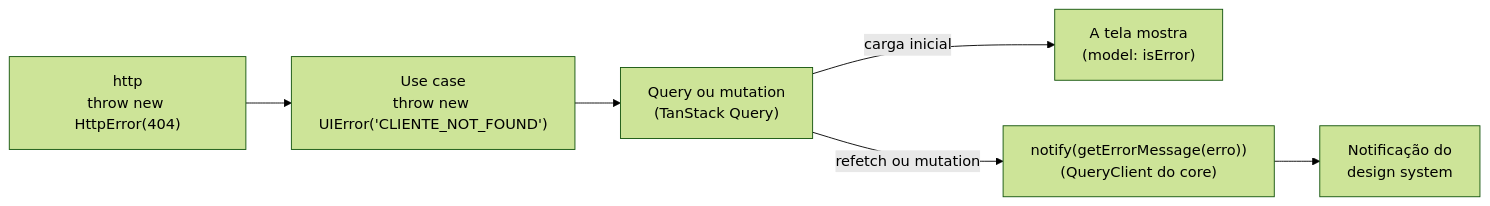
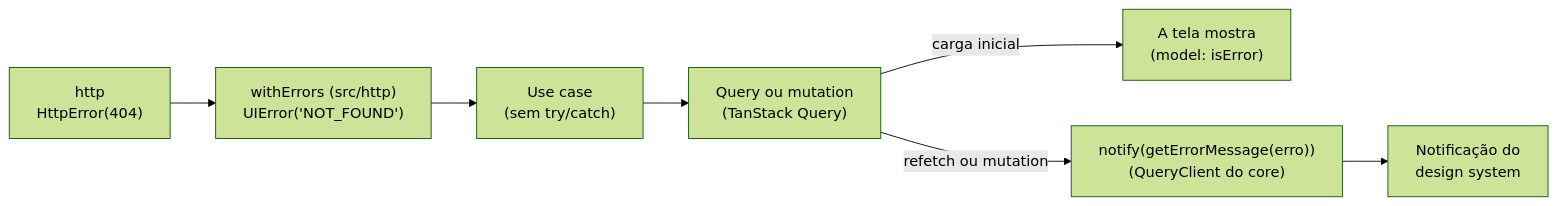
Before and after one commit to matizze/prumo: the diagram in docs/guides/errors-and-notifications.md, drawn with Mermaid (forest theme). The commit also changed other lines of this file and 71 other files, not shown here.

First line of the commit message:
feat(cli): use case no layout do pratigo (types/, services/, sem try/catch)

````diff
--- a/docs/guides/errors-and-notifications.md
+++ b/docs/guides/errors-and-notifications.md
@@ -7,7 +7,7 @@
 ```mermaid
 flowchart LR
-  http["http<br/>throw new HttpError(404)"] --> uc["Use case<br/>throw new UIError('CLIENTE_NOT_FOUND')"] --> query["Query ou mutation<br/>(TanStack Query)"]
+  http["http<br/>HttpError(404)"] --> wrap["withErrors (src/http)<br/>UIError('NOT_FOUND')"] --> uc["Use case<br/>(sem try/catch)"] --> query["Query ou mutation<br/>(TanStack Query)"]
   query -- "carga inicial" --> tela["A tela mostra<br/>(model: isError)"]
   query -- "refetch ou mutation" --> notify["notify(getErrorMessage(erro))<br/>(QueryClient do core)"]
   notify --> ds["Notificação do<br/>design system"]
 ```
````
